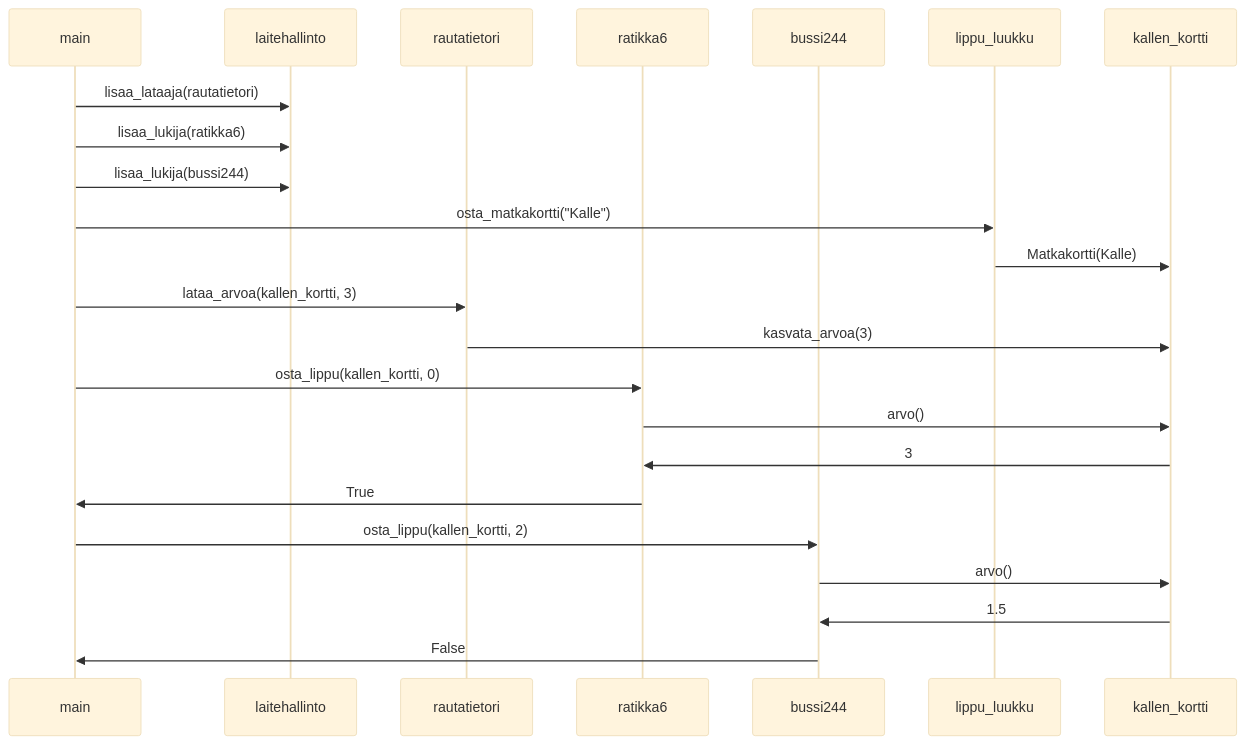
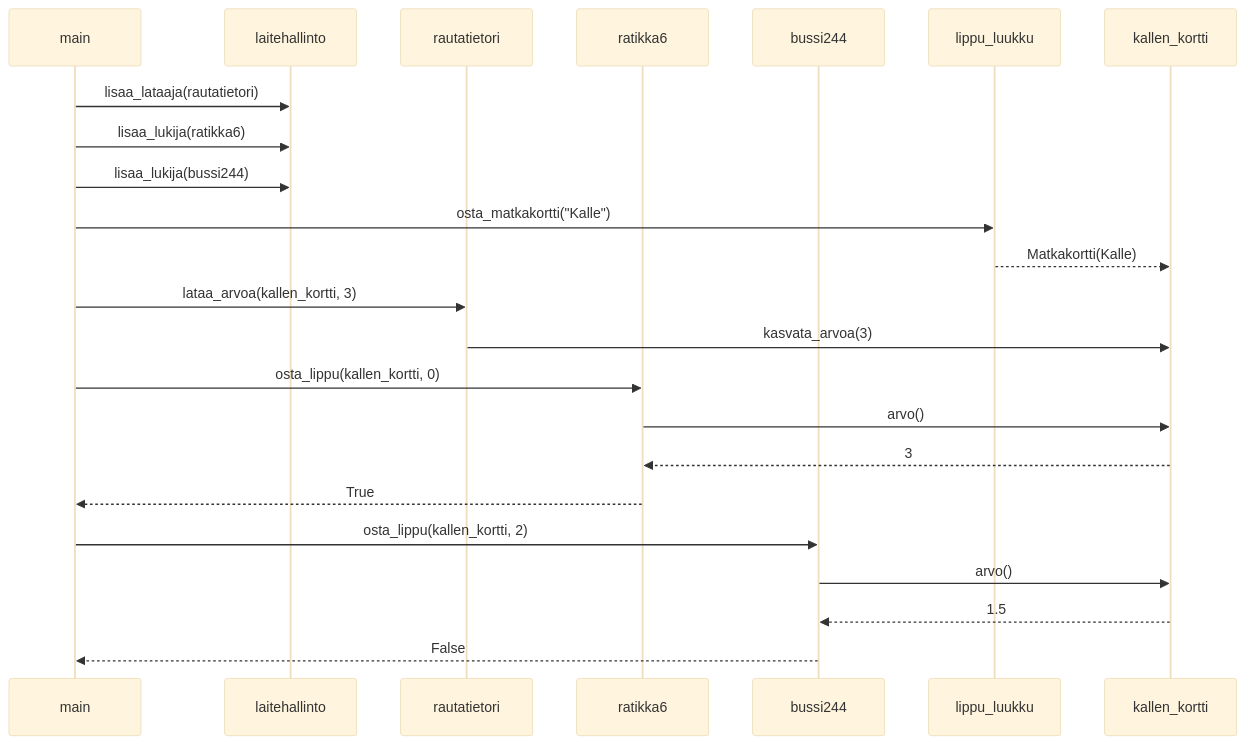
One commit to kirsikkahiltunen/ot-harjoitustyo changed the diagram in laskarit/viikko3/sekvenssikaavio.md. Above: the diagram before and after it, drawn with Mermaid (base theme).

Commit message:
sekvenssikaavio.md updated

````diff
--- a/laskarit/viikko3/sekvenssikaavio.md
+++ b/laskarit/viikko3/sekvenssikaavio.md
@@ -1,25 +1,25 @@
 ```mermaid
 sequenceDiagram
     participant main
     participant laitehallinto
     participant rautatietori
     participant ratikka6
     participant bussi244
     main->>laitehallinto: lisaa_lataaja(rautatietori)
     main->>laitehallinto: lisaa_lukija(ratikka6)
     main->>laitehallinto: lisaa_lukija(bussi244)
     participant lippu_luukku
     main->>lippu_luukku: osta_matkakortti("Kalle")
     participant kallen_kortti
-    lippu_luukku->>kallen_kortti: Matkakortti(Kalle)
+    lippu_luukku-->>kallen_kortti: Matkakortti(Kalle)
     main->>rautatietori: lataa_arvoa(kallen_kortti, 3)
     rautatietori->>kallen_kortti: kasvata_arvoa(3)
     main->>ratikka6: osta_lippu(kallen_kortti, 0)
     ratikka6->>kallen_kortti: arvo()
-    kallen_kortti->>ratikka6: 3
-    ratikka6->>main: True
+    kallen_kortti-->>ratikka6: 3
+    ratikka6-->>main: True
     main->>bussi244: osta_lippu(kallen_kortti, 2)
     bussi244->>kallen_kortti: arvo()
-    kallen_kortti->>bussi244: 1.5
-    bussi244->>main: False
+    kallen_kortti-->>bussi244: 1.5
+    bussi244-->>main: False
 ```
````
